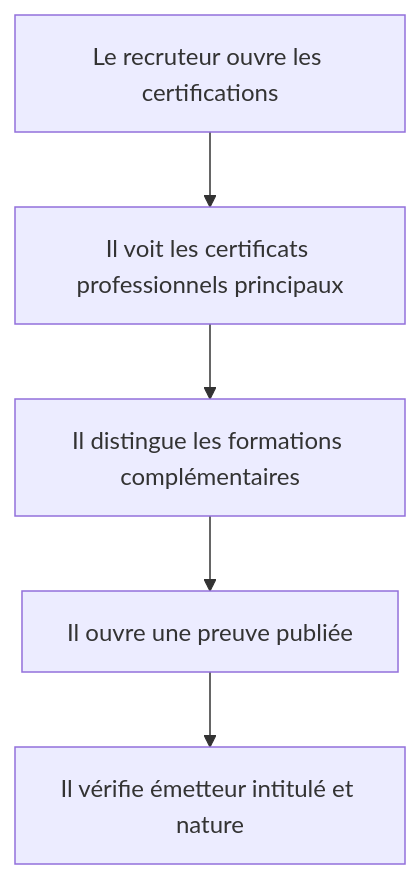
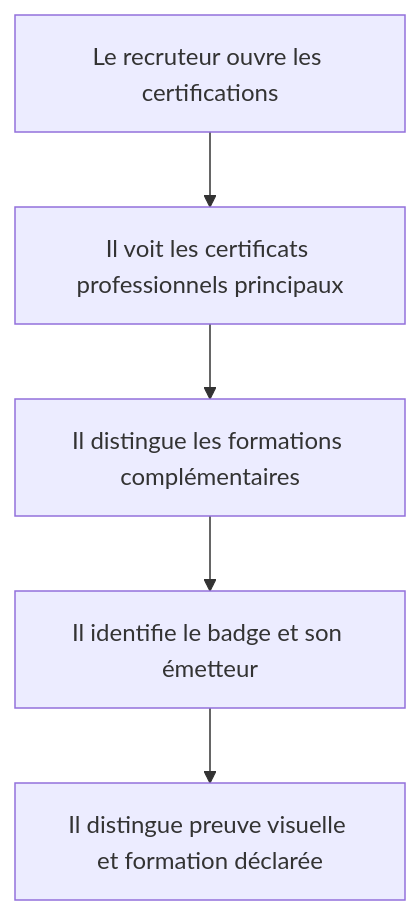
One commit to yanix2445/Portfolio-Student changed the first of 2 diagrams in aidd_docs/tasks/2026_09/2026_09_19_portfolio-multipage/phase-5.md. Above: the diagram before and after it, drawn with Mermaid. The commit also changed other lines of this file and 13 other files, not shown here.

````diff
--- a/aidd_docs/tasks/2026_09/2026_09_19_portfolio-multipage/phase-5.md
+++ b/aidd_docs/tasks/2026_09/2026_09_19_portfolio-multipage/phase-5.md
@@ -34,7 +28,7 @@
 ```mermaid
 flowchart TD
   A[Le recruteur ouvre les certifications] --> B[Il voit les certificats professionnels principaux]
   B --> C[Il distingue les formations complémentaires]
-  C --> D[Il ouvre une preuve publiée]
-  D --> E[Il vérifie émetteur intitulé et nature]
+  C --> D[Il identifie le badge et son émetteur]
+  D --> E[Il distingue preuve visuelle et formation déclarée]
 ```
````
